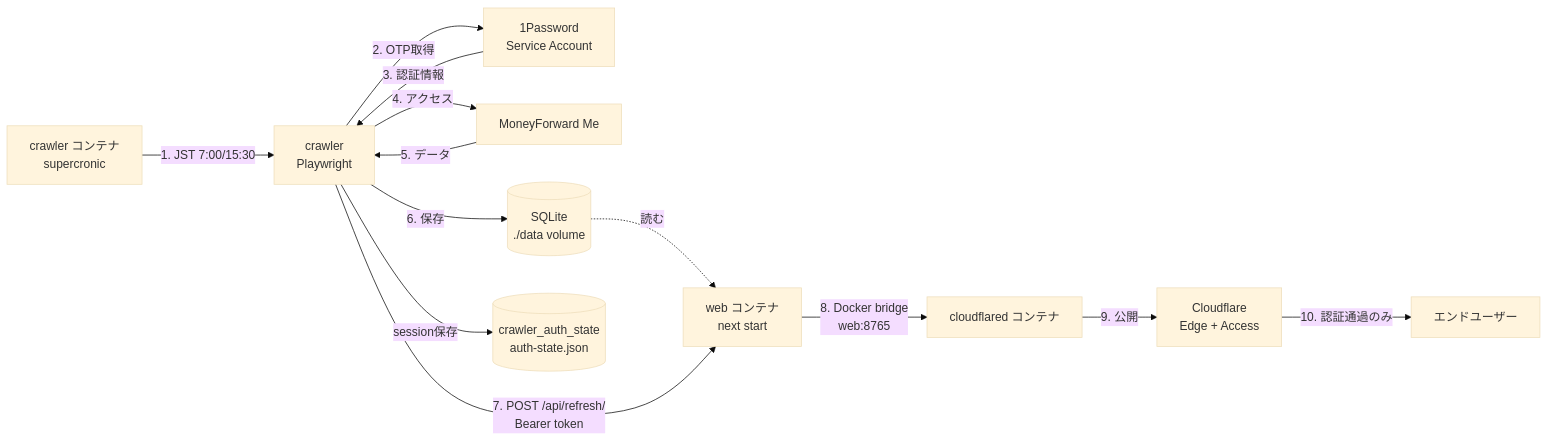
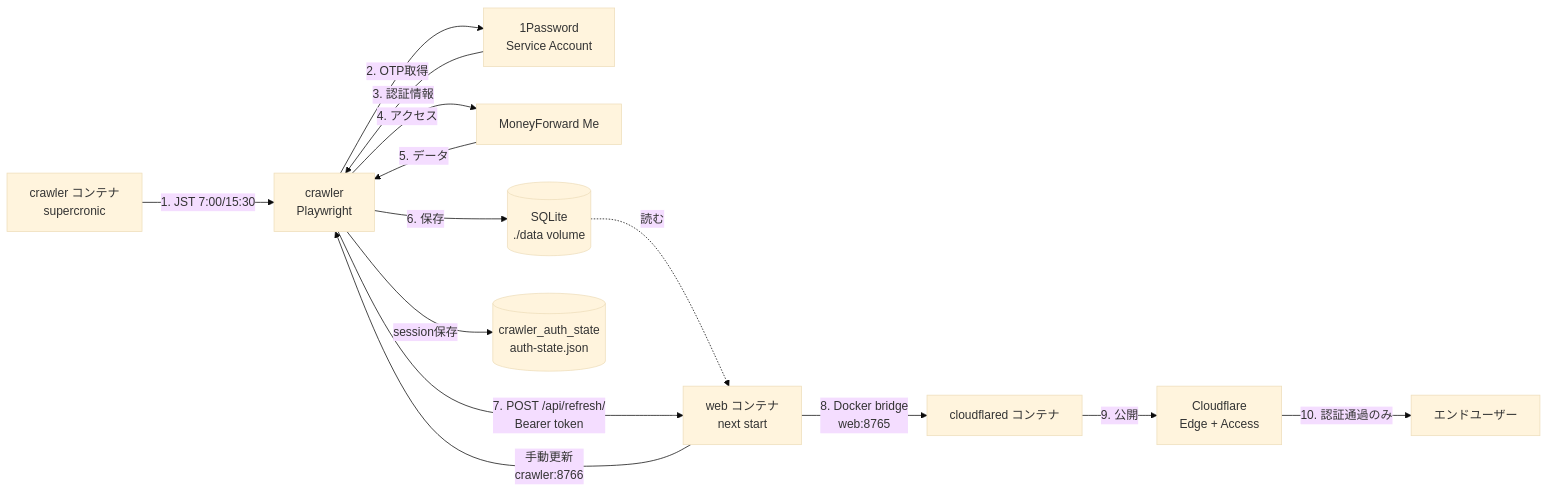
The diagram in README.md (hiroppy/mf-dashboard), drawn with Mermaid (base theme) before and after one commit. The commit also changed other lines of this file and 20 other files, not shown here.

````diff
--- a/README.md
+++ b/README.md
@@ -47,15 +47,16 @@
 ```mermaid
 graph LR
     A[crawler コンテナ<br/>supercronic] -->|1. JST 7:00/15:30| B[crawler<br/>Playwright]
+    W -->|手動更新<br/>crawler:8766| B
     B -->|2. OTP取得| E[1Password<br/>Service Account]
     E -->|3. 認証情報| B
     B -->|4. アクセス| F[MoneyForward Me]
     F -->|5. データ| B
     B -->|6. 保存| C[(SQLite<br/>./data volume)]
     B -->|session保存| K[(crawler_auth_state<br/>auth-state.json)]
     C -.読む.-> W[web コンテナ<br/>next start]
     B -->|7. POST /api/refresh/<br/>Bearer token| W
     W -->|8. Docker bridge<br/>web:8765| H[cloudflared コンテナ]
     H -->|9. 公開| I[Cloudflare<br/>Edge + Access]
     I -->|10. 認証通過のみ| J[エンドユーザー]
 ```
````
